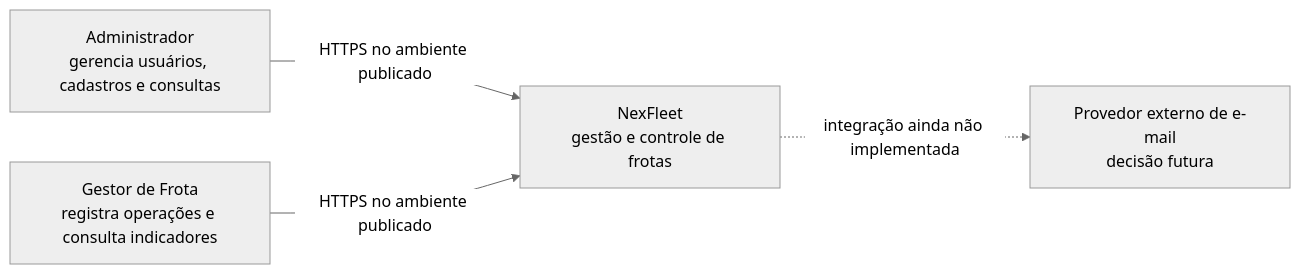
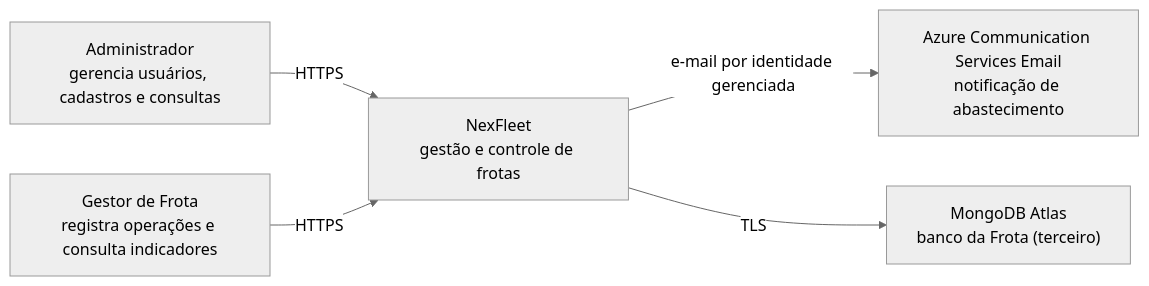
Before and after one commit to mateusblm/nexfleet: the first of 14 diagrams in docs/DIAGRAMAS-ARQUITETURA.md, drawn with Mermaid (neutral theme). The commit also changed other lines of this file, not shown here.

Commit message:
Diagramas da v1.0.0: Frota no MongoDB, demais serviços no Azure SQL por schema e visão consolidada

````diff
--- a/docs/DIAGRAMAS-ARQUITETURA.md
+++ b/docs/DIAGRAMAS-ARQUITETURA.md
@@ -18,11 +18,13 @@
 ```mermaid
 flowchart LR
   administrador["Administrador<br/>gerencia usuários, cadastros e consultas"]
   gestor["Gestor de Frota<br/>registra operações e consulta indicadores"]
   nexfleet["NexFleet<br/>gestão e controle de frotas"]
-  email["Provedor externo de e-mail<br/>decisão futura"]
+  email["Azure Communication Services Email<br/>notificação de abastecimento"]
+  atlas["MongoDB Atlas<br/>banco da Frota (terceiro)"]
 
-  administrador -->|HTTPS no ambiente publicado| nexfleet
-  gestor -->|HTTPS no ambiente publicado| nexfleet
-  nexfleet -.->|integração ainda não implementada| email
+  administrador -->|HTTPS| nexfleet
+  gestor -->|HTTPS| nexfleet
+  nexfleet -->|e-mail por identidade gerenciada| email
+  nexfleet -->|TLS| atlas
 ```
````
